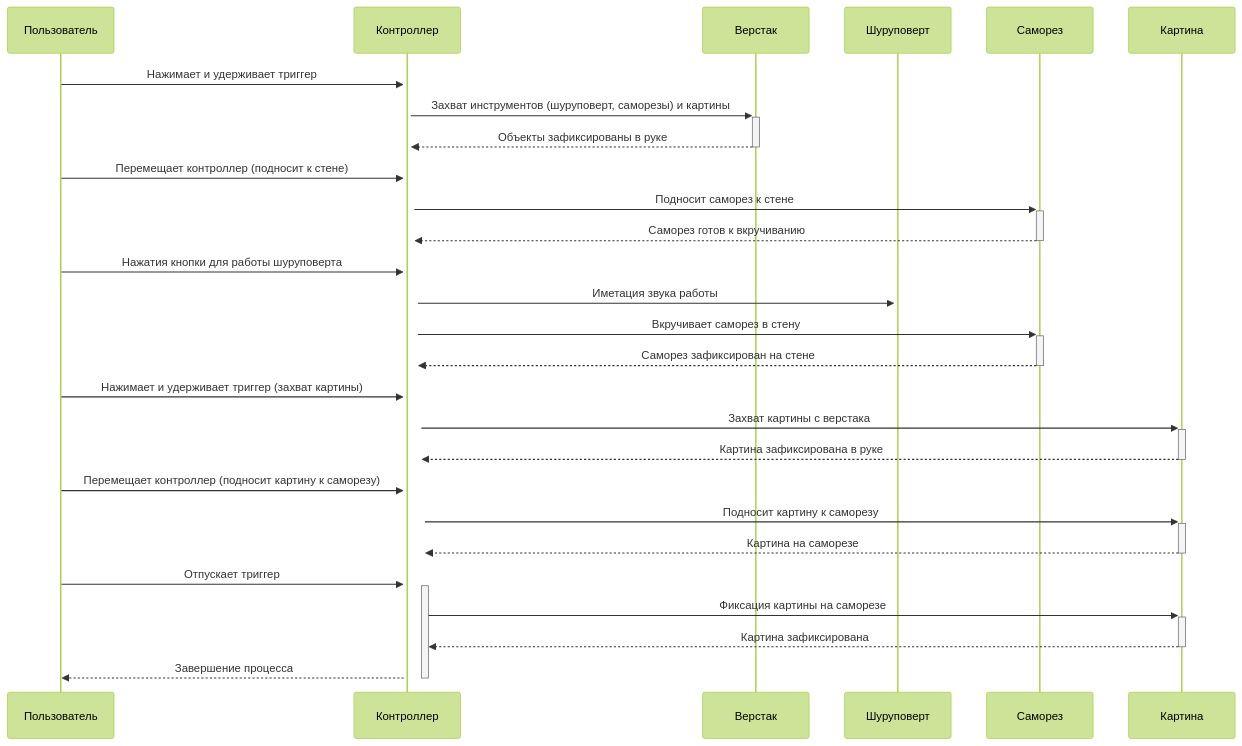
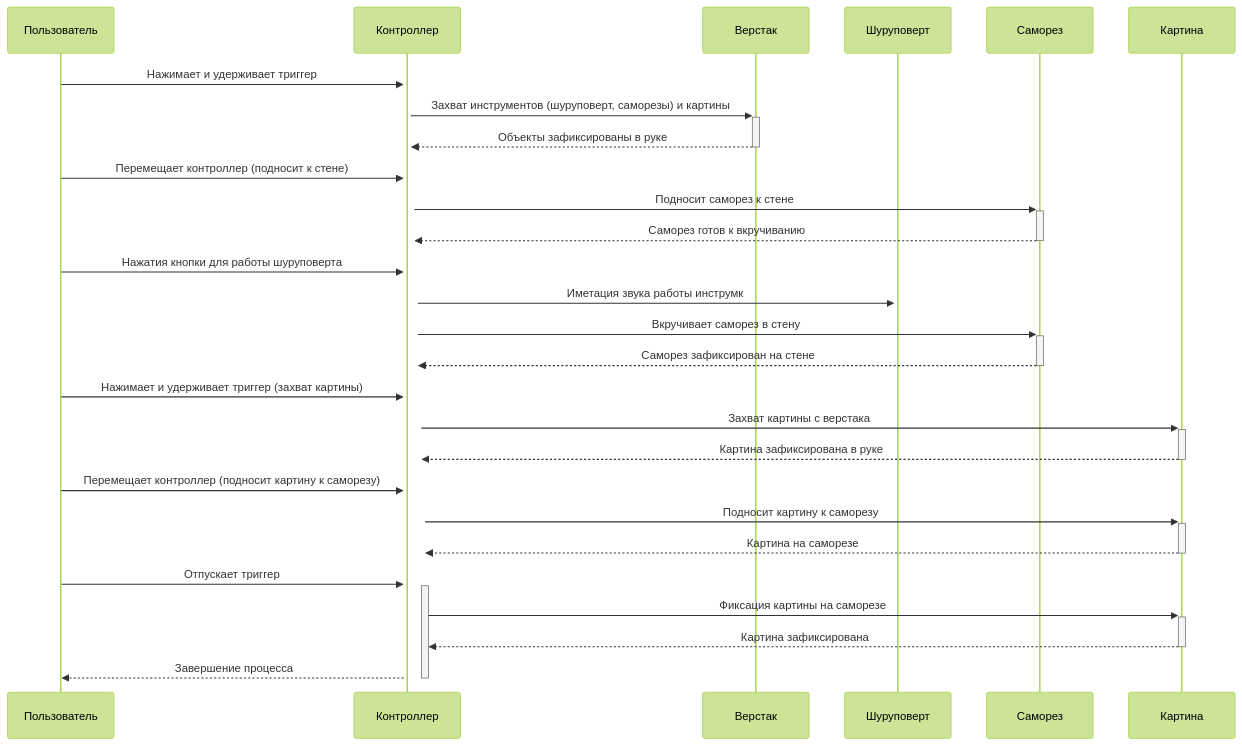
The diagram in all/не называться-1.md (NerdyCep/iodraw-files), drawn with Mermaid (forest theme) before and after one commit.

Commit message:
2025-02-25 18:26:56 update

````diff
--- a/all/не называться-1.md
+++ b/all/не называться-1.md
@@ -1,31 +1,31 @@
 ```mermaid
 sequenceDiagram
     participant Пользователь
     participant Контроллер
     participant Верстак
     participant Шуруповерт
     participant Саморез
     participant Картина
     
 
     Пользователь->>+Контроллер: Нажимает и удерживает триггер
     Контроллер->>+Верстак: Захват инструментов (шуруповерт, саморезы) и картины
     Верстак-->>-Контроллер: Объекты зафиксированы в руке
     Пользователь->>+Контроллер: Перемещает контроллер (подносит к стене)
     Контроллер->>+Саморез: Подносит саморез к стене
     Саморез-->>-Контроллер: Саморез готов к вкручиванию
     Пользователь->>+Контроллер: Нажатия кнопки для работы шуруповерта
-    Контроллер->>+Шуруповерт: Иметация звука работы 
+    Контроллер->>+Шуруповерт: Иметация звука работы инструмк
     Контроллер->>+Саморез: Вкручивает саморез в стену
     Саморез-->>-Контроллер: Саморез зафиксирован на стене
     Пользователь->>+Контроллер: Нажимает и удерживает триггер (захват картины)
     Контроллер->>+Картина: Захват картины с верстака
     Картина-->>-Контроллер: Картина зафиксирована в руке
     Пользователь->>+Контроллер: Перемещает контроллер (подносит картину к саморезу)
     Контроллер->>+Картина: Подносит картину к саморезу
     Картина-->>-Контроллер: Картина на саморезе
     Пользователь->>+Контроллер: Отпускает триггер
     Контроллер->>+Картина: Фиксация картины на саморезе
     Картина-->>-Контроллер: Картина зафиксирована
     Контроллер-->>-Пользователь: Завершение процесса
 ```
````
